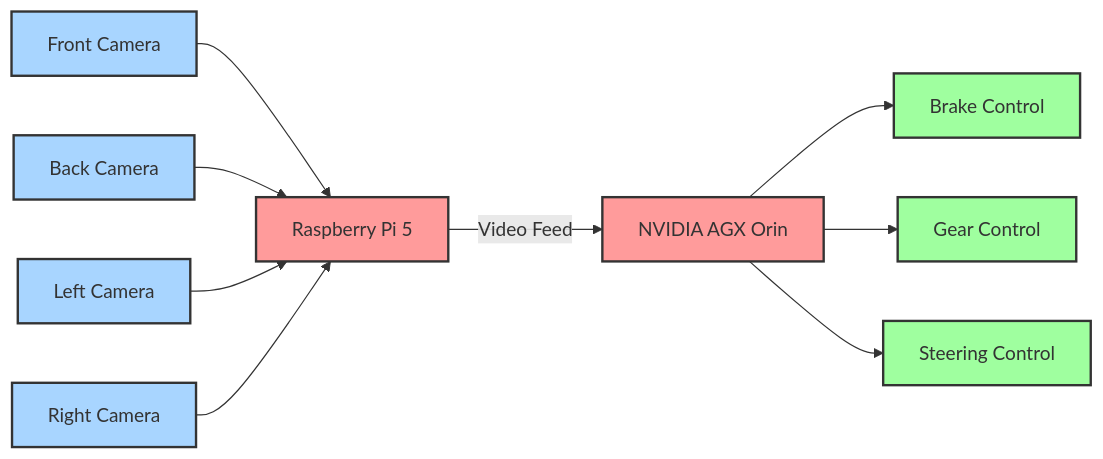
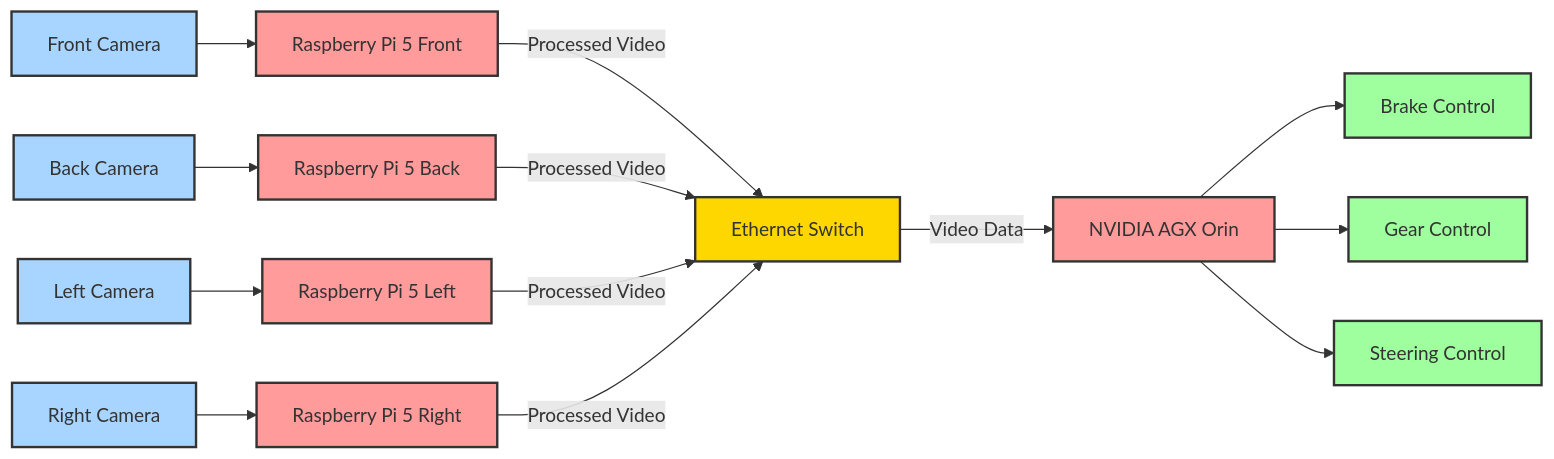
The diagram in README.md (JaewooJoung/RVCE), drawn with Mermaid before and after one commit.

````diff
--- a/README.md
+++ b/README.md
@@ -25,41 +25,54 @@
 ```mermaid
 graph LR
-    %% Define Raspberry Pi 5 and cameras
-    rpi[Raspberry Pi 5]
+    %% Define Cameras and Raspberry Pis
     cam_front[Front Camera]
     cam_back[Back Camera]
     cam_left[Left Camera]
     cam_right[Right Camera]
-
-    %% Define NVIDIA AGX Orin
+    
+    rpi_front[Raspberry Pi 5 Front]
+    rpi_back[Raspberry Pi 5 Back]
+    rpi_left[Raspberry Pi 5 Left]
+    rpi_right[Raspberry Pi 5 Right]
+    
+    %% Define Network and Processing
+    switch[Ethernet Switch]
     orin[NVIDIA AGX Orin]
-
+    
     %% Define Golf Cart Controls
     brake[Brake Control]
     gear[Gear Control]
     steering[Steering Control]
-
-    %% Connect cameras to Raspberry Pi
-    cam_front --> rpi
-    cam_back --> rpi
-    cam_left --> rpi
-    cam_right --> rpi
-
-    %% Connect Raspberry Pi to Orin
-    rpi --> |Video Feed| orin
-
+    
+    %% Connect cameras to respective RPis
+    cam_front --> rpi_front
+    cam_back --> rpi_back
+    cam_left --> rpi_left
+    cam_right --> rpi_right
+    
+    %% Connect RPis to Ethernet Switch
+    rpi_front --> |Processed Video| switch
+    rpi_back --> |Processed Video| switch
+    rpi_left --> |Processed Video| switch
+    rpi_right --> |Processed Video| switch
+    
+    %% Connect Switch to Orin
+    switch --> |Video Data| orin
+    
     %% Connect Orin to Golf Cart Controls
     orin --> brake
     orin --> gear
     orin --> steering
-
+    
     %% Add styles
     classDef sensor fill:#a8d5ff,stroke:#333,stroke-width:2px
     classDef processor fill:#ff9b9b,stroke:#333,stroke-width:2px
+    classDef network fill:#ffd700,stroke:#333,stroke-width:2px
     classDef control fill:#9fff9f,stroke:#333,stroke-width:2px
-
+    
     %% Apply styles
     class cam_front,cam_back,cam_left,cam_right sensor
-    class rpi,orin processor
+    class rpi_front,rpi_back,rpi_left,rpi_right,orin processor
+    class switch network
     class brake,gear,steering control
 ```
````
